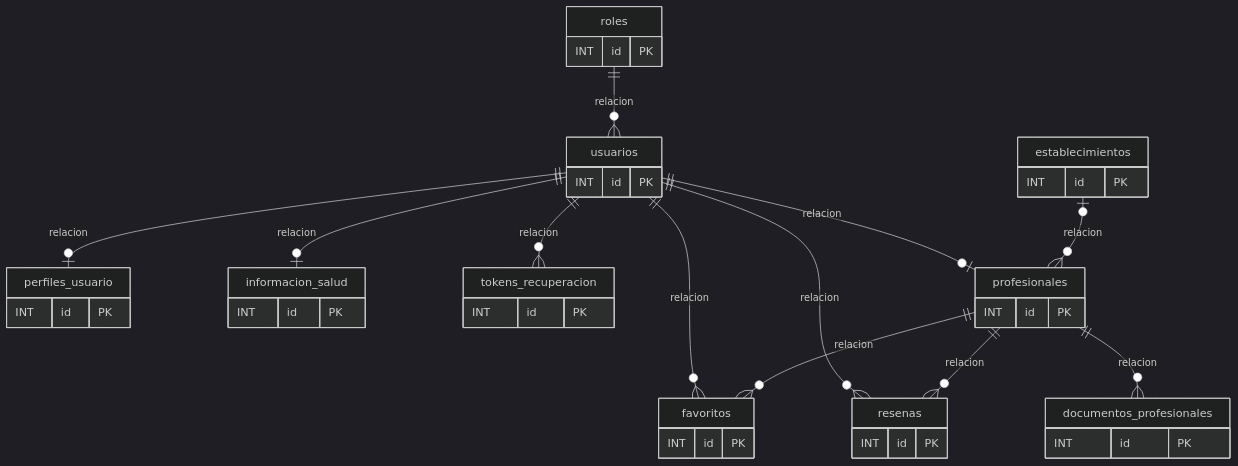
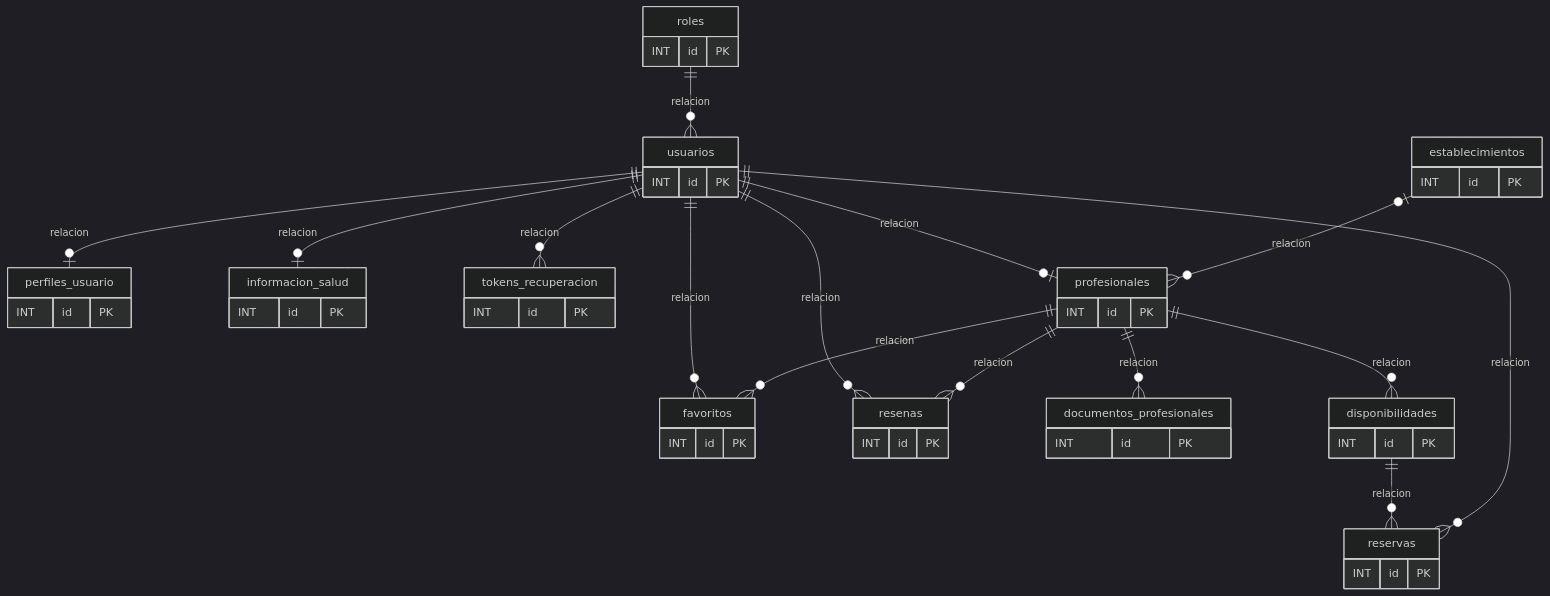
Before and after one commit to rodriacr/FitSearch: the diagram in FASE 2/Evidencias Proyecto/Evidencias de documentación/Diagramas (Miro)/Actualización Sprint 3/Presentacion_DAS/04_DER_Tablas_Implementadas_Resumen.mmd, drawn with Mermaid (dark theme). The commit also changed 63 other files, not shown here.

```diff
--- a/FASE 2/Evidencias Proyecto/Evidencias de documentación/Diagramas (Miro)/Actualización Sprint 3/Presentacion_DAS/04_DER_Tablas_Implementadas_Resumen.mmd
+++ b/FASE 2/Evidencias Proyecto/Evidencias de documentación/Diagramas (Miro)/Actualización Sprint 3/Presentacion_DAS/04_DER_Tablas_Implementadas_Resumen.mmd
@@ -1,42 +1,51 @@
 erDiagram
   roles ||--o{ usuarios : relacion
   usuarios ||--o| perfiles_usuario : relacion
   usuarios ||--o| informacion_salud : relacion
   usuarios ||--o{ tokens_recuperacion : relacion
   usuarios ||--o| profesionales : relacion
   establecimientos |o--o{ profesionales : relacion
   usuarios ||--o{ favoritos : relacion
   profesionales ||--o{ favoritos : relacion
   usuarios ||--o{ resenas : relacion
   profesionales ||--o{ resenas : relacion
   roles {
     INT id PK
   }
   usuarios {
     INT id PK
   }
   perfiles_usuario {
     INT id PK
   }
   informacion_salud {
     INT id PK
   }
   tokens_recuperacion {
     INT id PK
   }
   profesionales {
     INT id PK
   }
   establecimientos {
     INT id PK
   }
   favoritos {
     INT id PK
   }
   resenas {
     INT id PK
   }
   profesionales ||--o{ documentos_profesionales : relacion
   documentos_profesionales {
     INT id PK
   }
+  profesionales ||--o{ disponibilidades : relacion
+  disponibilidades ||--o{ reservas : relacion
+  usuarios ||--o{ reservas : relacion
+  disponibilidades {
+    INT id PK
+  }
+  reservas {
+    INT id PK
+  }
```
